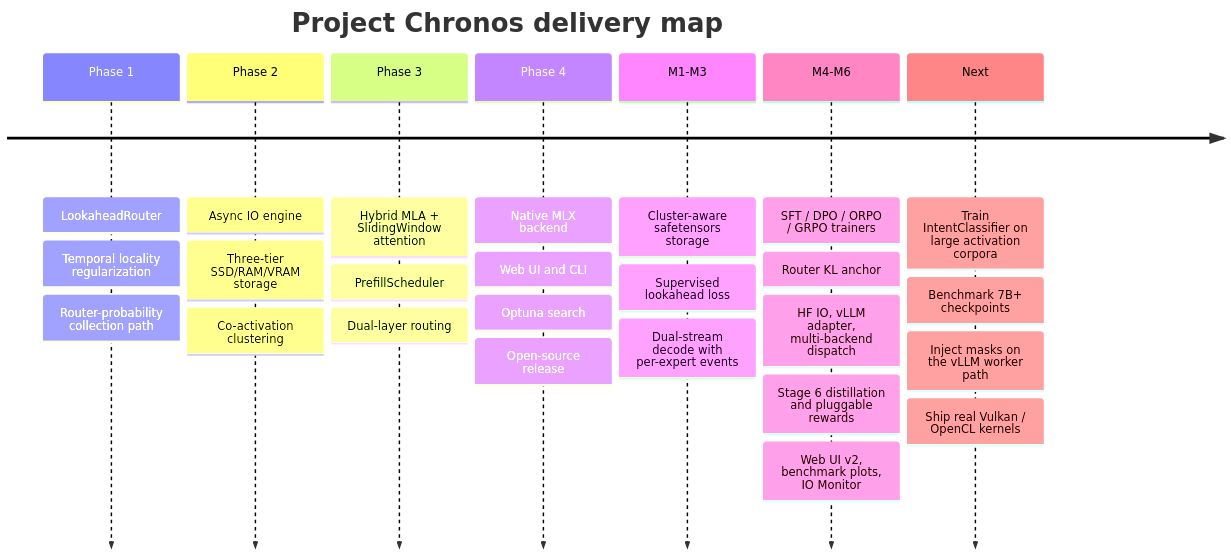
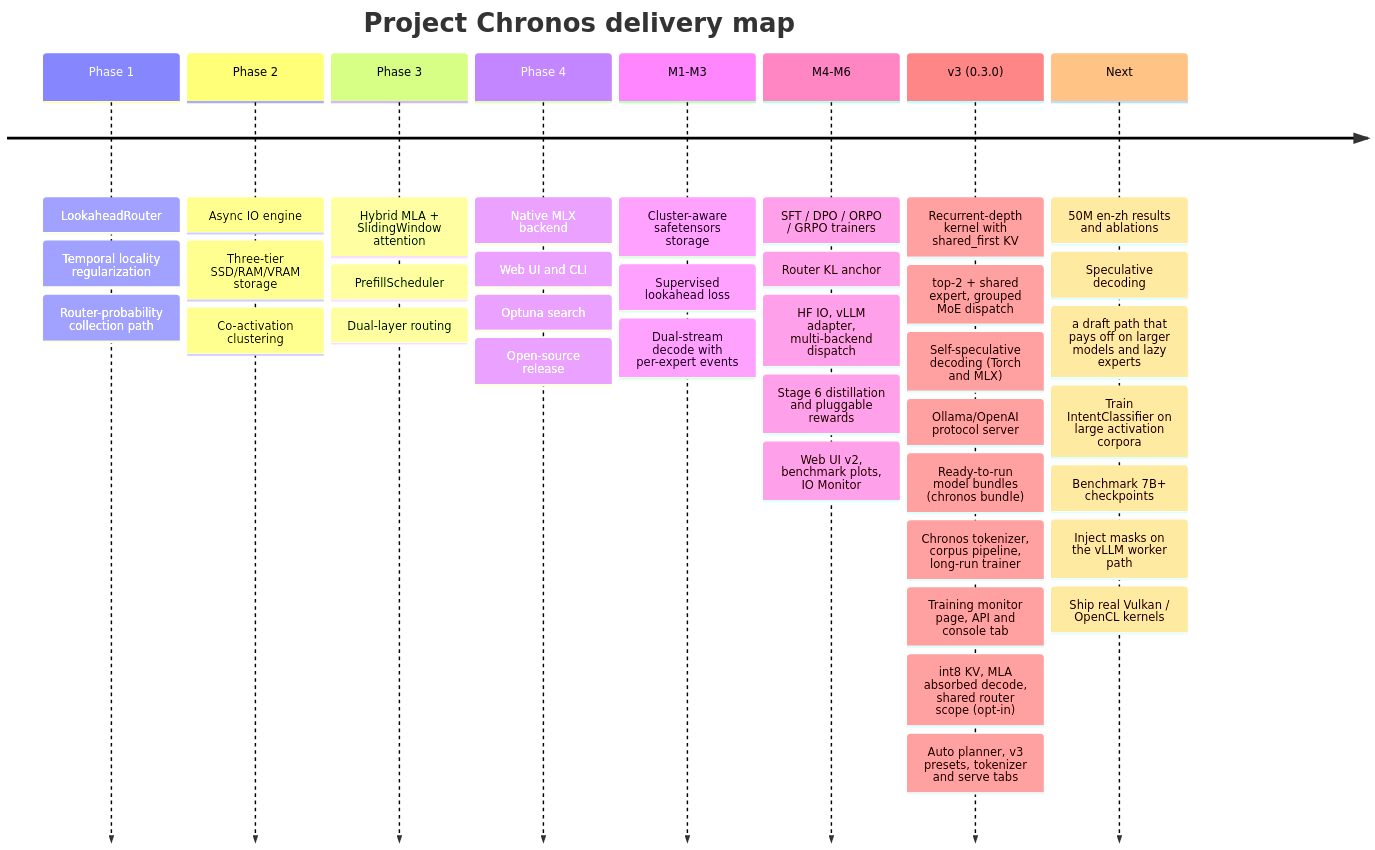
Before and after one commit to zqf20096327/ai_collect: the seventh of 8 diagrams in data/readmes/FonaTech__Project_Chronos.md, drawn with Mermaid. The commit also changed other lines of this file and 1896 other files, not shown here.

````diff
--- a/data/readmes/FonaTech__Project_Chronos.md
+++ b/data/readmes/FonaTech__Project_Chronos.md
@@ -627,36 +835,48 @@
 ```mermaid
 timeline
     title Project Chronos delivery map
     Phase 1
         : LookaheadRouter
         : Temporal locality regularization
         : Router-probability collection path
     Phase 2
         : Async IO engine
         : Three-tier SSD/RAM/VRAM storage
         : Co-activation clustering
     Phase 3
         : Hybrid MLA + SlidingWindow attention
         : PrefillScheduler
         : Dual-layer routing
     Phase 4
         : Native MLX backend
         : Web UI and CLI
         : Optuna search
         : Open-source release
     M1-M3
         : Cluster-aware safetensors storage
         : Supervised lookahead loss
         : Dual-stream decode with per-expert events
     M4-M6
         : SFT / DPO / ORPO / GRPO trainers
         : Router KL anchor
         : HF IO, vLLM adapter, multi-backend dispatch
         : Stage 6 distillation and pluggable rewards
         : Web UI v2, benchmark plots, IO Monitor
+    v3 (0.3.0)
+        : Recurrent-depth kernel with shared_first KV
+        : top-2 + shared expert, grouped MoE dispatch
+        : Self-speculative decoding (Torch and MLX)
+        : Ollama/OpenAI protocol server
+        : Ready-to-run model bundles (chronos bundle)
+        : Chronos tokenizer, corpus pipeline, long-run trainer
+        : Training monitor page, API and console tab
+        : int8 KV, MLA absorbed decode, shared router scope (opt-in)
+        : Auto planner, v3 presets, tokenizer and serve tabs
     Next
+        : 50M en-zh results and ablations
+        : Speculative decoding: a draft path that pays off on larger models and lazy experts
         : Train IntentClassifier on large activation corpora
         : Benchmark 7B+ checkpoints
         : Inject masks on the vLLM worker path
         : Ship real Vulkan / OpenCL kernels
 ```
````
